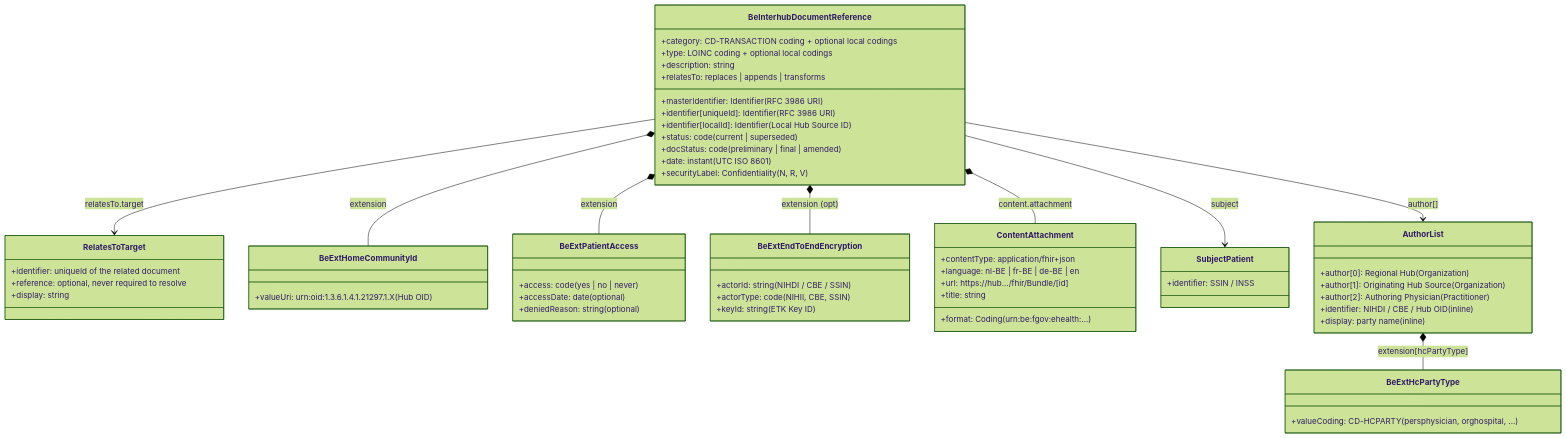
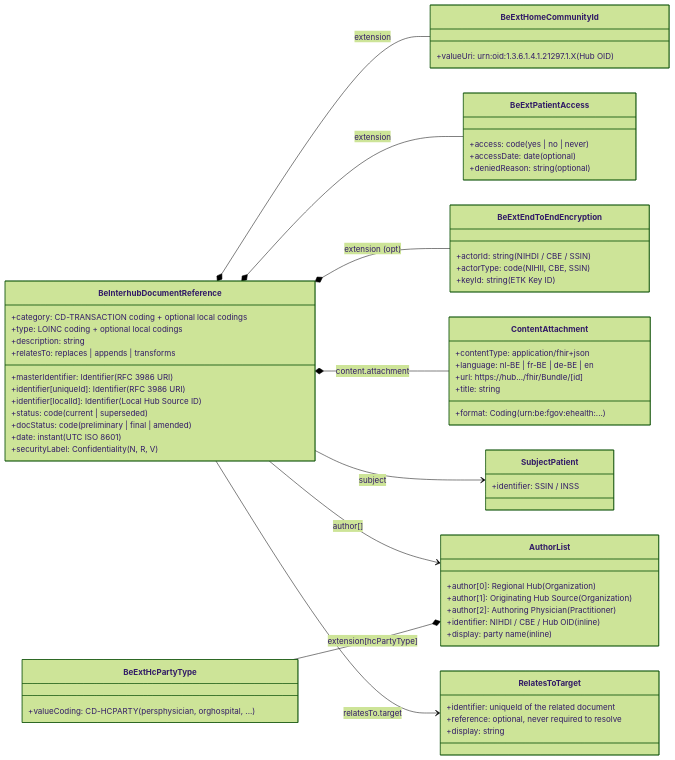
Before and after one commit to Erwin-Bellon/hubsharing: the diagram in input/pagecontent/envelope-and-metadata.md, drawn with Mermaid (forest theme). The commit also changed other lines of this file and 16 other files, not shown here.

````diff
--- a/input/pagecontent/envelope-and-metadata.md
+++ b/input/pagecontent/envelope-and-metadata.md
@@ -13,71 +13,72 @@
 ```mermaid
 classDiagram
+    direction LR
     class BeInterhubDocumentReference {
         +masterIdentifier: Identifier (RFC 3986 URI)
         +identifier[uniqueId]: Identifier (RFC 3986 URI)
         +identifier[localId]: Identifier (Local Hub Source ID)
         +status: code (current | superseded)
         +docStatus: code (preliminary | final | amended)
         +category: CD-TRANSACTION coding + optional local codings
         +type: LOINC coding + optional local codings
         +date: instant (UTC ISO 8601)
         +description: string
         +securityLabel: Confidentiality (N, R, V)
         +relatesTo: replaces | appends | transforms
     }
 
     class RelatesToTarget {
         +identifier: uniqueId of the related document
         +reference: optional, never required to resolve
         +display: string
     }
 
     class BeExtHcPartyType {
         +valueCoding: CD-HCPARTY (persphysician, orghospital, ...)
     }
 
     class BeExtHomeCommunityId {
         +valueUri: urn:oid:1.3.6.1.4.1.21297.1.X (Hub OID)
     }
 
     class BeExtPatientAccess {
         +access: code (yes | no | never)
         +accessDate: date (optional)
         +deniedReason: string (optional)
     }
 
     class BeExtEndToEndEncryption {
         +actorId: string (NIHDI / CBE / SSIN)
         +actorType: code (NIHII, CBE, SSIN)
         +keyId: string (ETK Key ID)
     }
 
     class ContentAttachment {
         +contentType: application/fhir+json
         +language: nl-BE | fr-BE | de-BE | en
         +url: https://hub.../fhir/Bundle/[id]
         +format: Coding (urn:be:fgov:ehealth:...)
         +title: string
     }
 
     class SubjectPatient {
         +identifier: SSIN / INSS
     }
 
     class AuthorList {
         +author[0]: Regional Hub (Organization)
         +author[1]: Originating Hub Source (Organization)
         +author[2]: Authoring Physician (Practitioner)
         +identifier: NIHDI / CBE / Hub OID (inline)
         +display: party name (inline)
     }
 
     BeInterhubDocumentReference *-- BeExtHomeCommunityId : extension
     BeInterhubDocumentReference *-- BeExtPatientAccess : extension
     BeInterhubDocumentReference *-- BeExtEndToEndEncryption : extension (opt)
     BeInterhubDocumentReference *-- ContentAttachment : content.attachment
     BeInterhubDocumentReference --> SubjectPatient : subject
     BeInterhubDocumentReference --> AuthorList : author[]
     BeInterhubDocumentReference --> RelatesToTarget : relatesTo.target
-    AuthorList *-- BeExtHcPartyType : extension[hcPartyType]
+    BeExtHcPartyType --* AuthorList : extension[hcPartyType]
 ```
````
